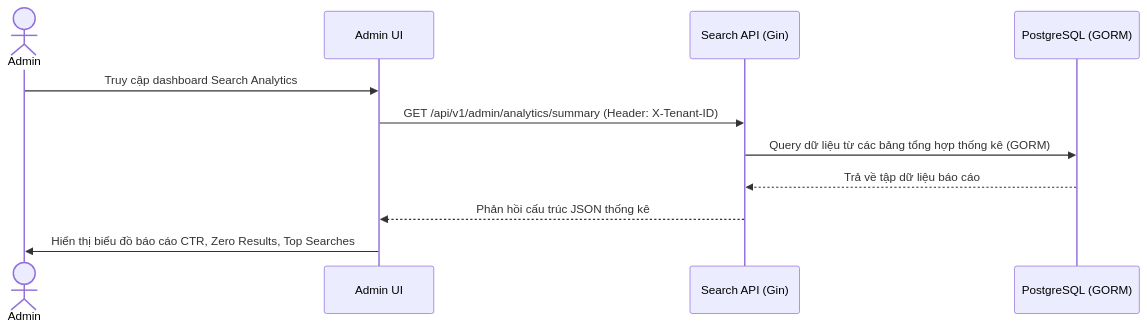
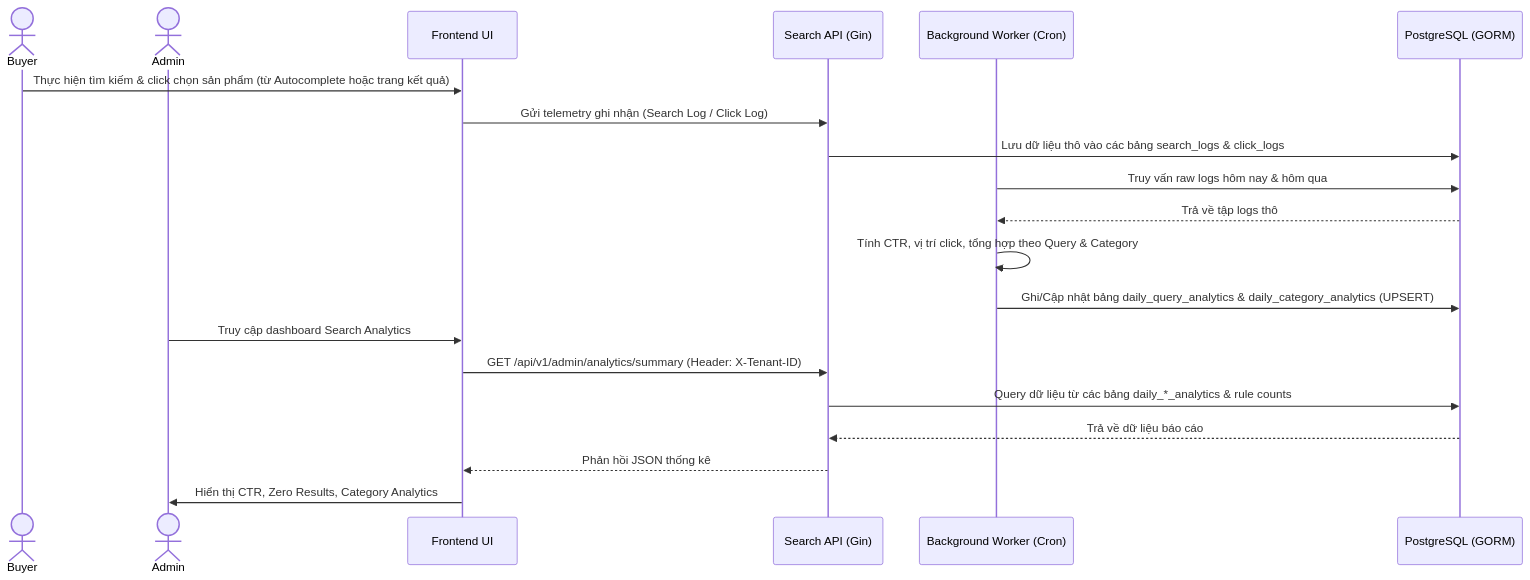
The diagram in ba/user-stories/US-009-Search-Analytics.md (PhamHao1412/search-engine), drawn with Mermaid before and after one commit. The commit also changed other lines of this file and 16 other files, not shown here.

Commit message:
[main/day14]feat: implement search analytics aggregation and admin dashboard (US-009)

````diff
--- a/ba/user-stories/US-009-Search-Analytics.md
+++ b/ba/user-stories/US-009-Search-Analytics.md
@@ -43,14 +51,28 @@
 ```mermaid
 sequenceDiagram
-actor Admin
-participant FE as Admin UI
-participant SearchAPI as Search API (Gin)
-participant DB as PostgreSQL (GORM)
+    actor Buyer
+    actor Admin
+    participant FE as Frontend UI
+    participant SearchAPI as Search API (Gin)
+    participant Worker as Background Worker (Cron)
+    participant DB as PostgreSQL (GORM)
 
-Admin->>FE: Truy cập dashboard Search Analytics
-FE->>SearchAPI: GET /api/v1/admin/analytics/summary (Header: X-Tenant-ID)
-SearchAPI->>DB: Query dữ liệu từ các bảng tổng hợp thống kê (GORM)
-DB-->>SearchAPI: Trả về tập dữ liệu báo cáo
-SearchAPI-->>FE: Phản hồi cấu trúc JSON thống kê
-FE->>Admin: Hiển thị biểu đồ báo cáo CTR, Zero Results, Top Searches
+    %% 1. Thu thập dữ liệu Telemetry
+    Buyer->>FE: Thực hiện tìm kiếm & click chọn sản phẩm (từ Autocomplete hoặc trang kết quả)
+    FE->>SearchAPI: Gửi telemetry ghi nhận (Search Log / Click Log)
+    SearchAPI->>DB: Lưu dữ liệu thô vào các bảng search_logs & click_logs
+
+    %% 2. Tính toán tổng hợp số liệu định kỳ (Background Job)
+    Worker->>DB: Truy vấn raw logs hôm nay & hôm qua
+    DB-->>Worker: Trả về tập logs thô
+    Worker->>Worker: Tính CTR, vị trí click, tổng hợp theo Query & Category
+    Worker->>DB: Ghi/Cập nhật bảng daily_query_analytics & daily_category_analytics (UPSERT)
+
+    %% 3. Truy cập & Xem báo cáo Dashboard
+    Admin->>FE: Truy cập dashboard Search Analytics
+    FE->>SearchAPI: GET /api/v1/admin/analytics/summary (Header: X-Tenant-ID)
+    SearchAPI->>DB: Query dữ liệu từ các bảng daily_*_analytics & rule counts
+    DB-->>SearchAPI: Trả về dữ liệu báo cáo
+    SearchAPI-->>FE: Phản hồi JSON thống kê
+    FE->>Admin: Hiển thị CTR, Zero Results, Category Analytics
 ```
````
